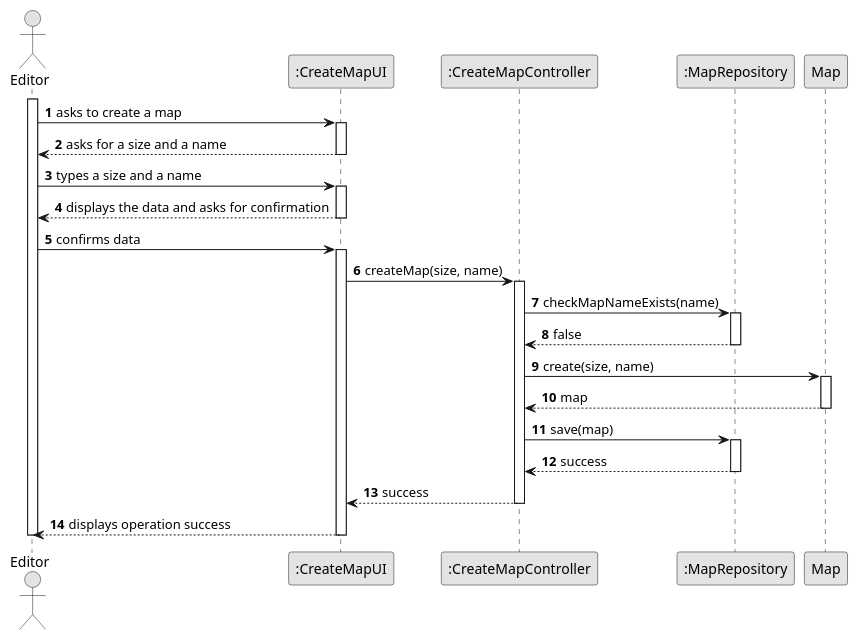
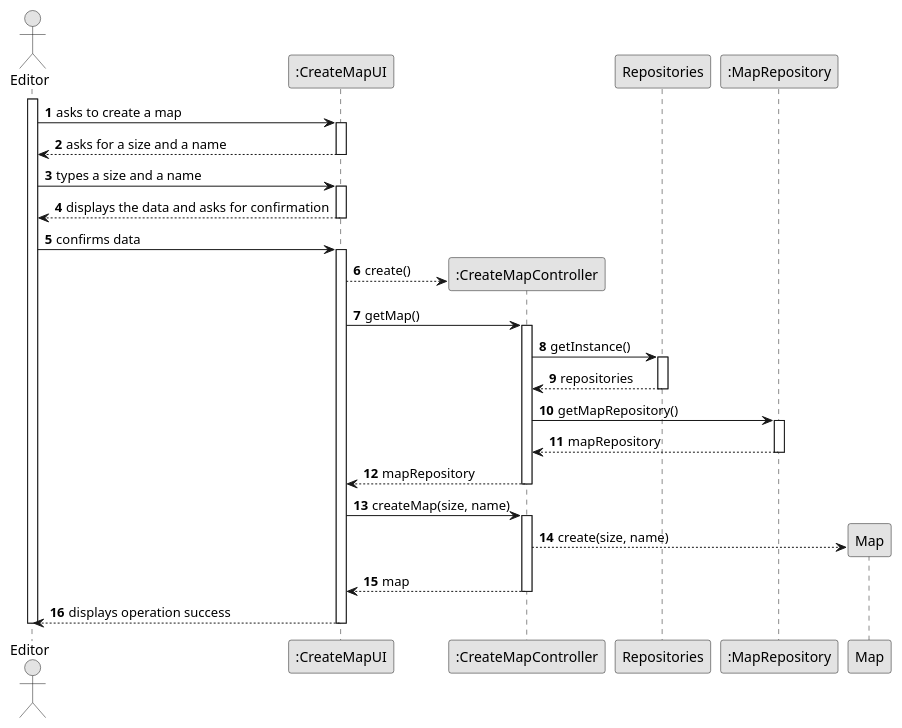
One commit to 1240935/pi2-railway-simulator changed the diagram in Sprint2/US001/03.design/puml/US001-SD-full.puml. Above: the diagram before and after it, drawn with PlantUML. The commit also changed 10 other files, not shown here.

```diff
--- a/Sprint2/US001/03.design/puml/US001-SD-full.puml
+++ b/Sprint2/US001/03.design/puml/US001-SD-full.puml
@@ -1,58 +1,59 @@
 @startuml
 skinparam monochrome true
 skinparam packageStyle rectangle
 skinparam shadowing false
 
 autonumber
 
 'hide footbox
 
     actor "Editor" as EDITOR
     participant ":CreateMapUI" as UI
     participant ":CreateMapController" as CTRL
+    participant "Repositories" as REPOS
     participant ":MapRepository" as MAP_REPO
     participant "Map" as MAP
 
     activate EDITOR
 
         EDITOR -> UI : asks to create a map
         activate UI
 
             UI --> EDITOR : asks for a size and a name
         deactivate UI
 
         EDITOR -> UI :  types a size and a name
         activate UI
             UI --> EDITOR : displays the data and asks for confirmation
         deactivate UI
 
         EDITOR -> UI : confirms data
         activate UI
+                    UI --> CTRL** : create()
+
+         UI -> CTRL : getMap()
+                    activate CTRL
+                        CTRL -> REPOS : getInstance()
+                        activate REPOS
+                            REPOS --> CTRL: repositories
+                        deactivate REPOS
+                        CTRL -> MAP_REPO : getMapRepository()
+                                        activate MAP_REPO
+                                            MAP_REPO --> CTRL: mapRepository
+                                        deactivate MAP_REPO
+                                        CTRL --> UI : mapRepository
+                                        deactivate CTRL
+
 
 
             UI -> CTRL : createMap(size, name)
             activate CTRL
+                CTRL --> MAP**: create(size, name)
 
-                CTRL -> MAP_REPO : checkMapNameExists(name)
-                activate MAP_REPO
-                    MAP_REPO --> CTRL : false
-                deactivate MAP_REPO
-
-                CTRL -> MAP : create(size, name)
-                activate MAP
-                    MAP --> CTRL : map
-                deactivate MAP
-
-                CTRL -> MAP_REPO : save(map)
-                activate MAP_REPO
-                    MAP_REPO --> CTRL : success
-                deactivate MAP_REPO
-
-            CTRL --> UI : success
-            deactivate CTRL
-
+                CTRL --> UI : map
+                deactivate CTRL
             UI --> EDITOR : displays operation success
         deactivate UI
 
     deactivate EDITOR
     @enduml
```
